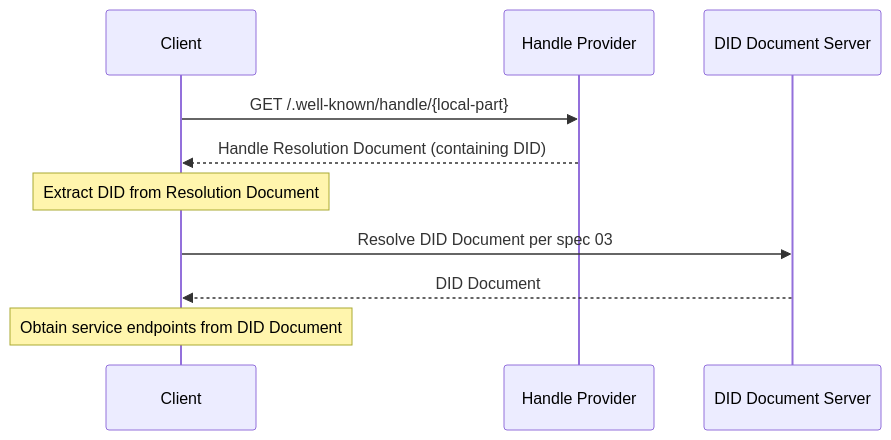
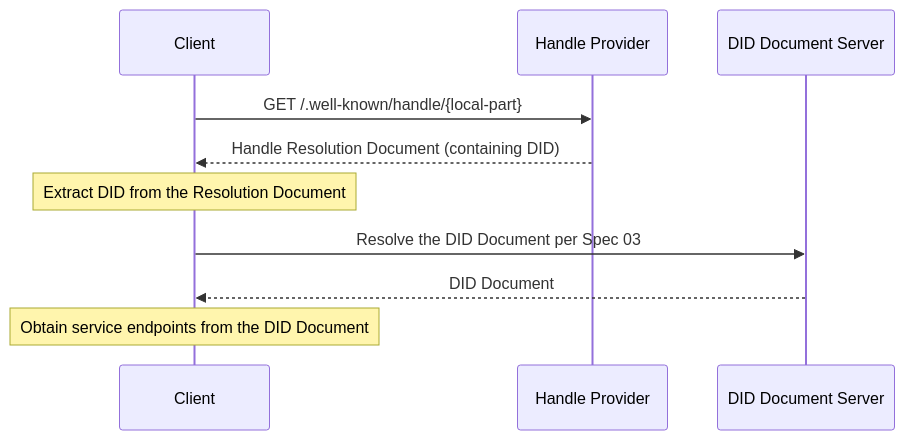
One commit to NeatNerdPrime/AgentNetworkProtocol changed the first of 2 diagrams in 04-anp-did-wba-name-space-specification.md. Above: the diagram before and after it, drawn with Mermaid. The commit also changed other lines of this file and 3 other files, not shown here.

````diff
--- a/04-anp-did-wba-name-space-specification.md
+++ b/04-anp-did-wba-name-space-specification.md
@@ -132,13 +144,13 @@
 ```mermaid
 sequenceDiagram
     participant C as Client
     participant H as Handle Provider
     participant D as DID Document Server
 
     C->>H: GET /.well-known/handle/{local-part}
     H-->>C: Handle Resolution Document (containing DID)
-    Note over C: Extract DID from Resolution Document
-    C->>D: Resolve DID Document per spec 03
+    Note over C: Extract DID from the Resolution Document
+    C->>D: Resolve the DID Document per Spec 03
     D-->>C: DID Document
-    Note over C: Obtain service endpoints from DID Document
+    Note over C: Obtain service endpoints from the DID Document
 ```
````
